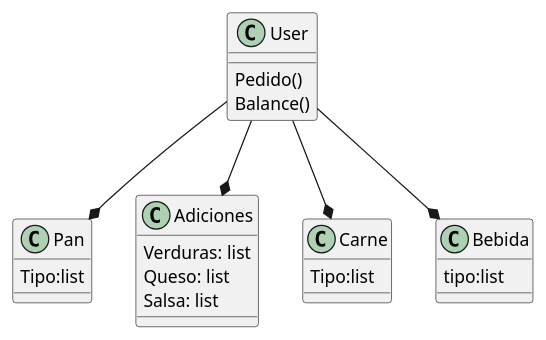
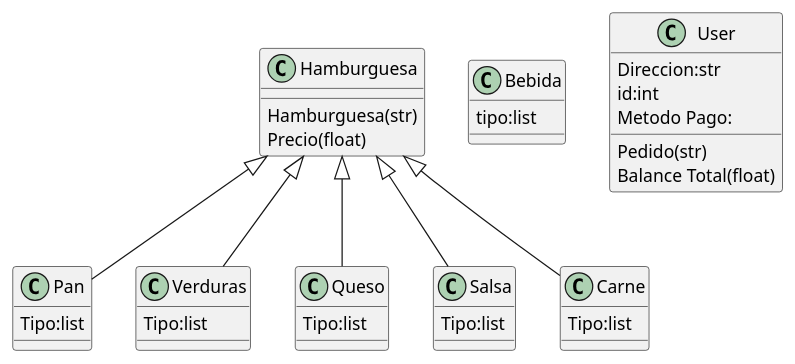
Before and after one commit to jgayon/OOPProyectFinal: the diagram in hamburguesasuml.puml, drawn with PlantUML.

Commit message:
Update hamburguesasuml.puml
Modificacion del UML

```diff
--- a/hamburguesasuml.puml
+++ b/hamburguesasuml.puml
@@ -1,30 +1,42 @@
 @startuml TiendaHamburgesas
 
 class Pan{
 Tipo:list
 }
-class Adiciones{
-Verduras: list
-Queso: list
-Salsa: list
+class Verduras{
+Tipo:list
+}
+class Queso{
+Tipo:list
+}
+class Salsa{
+Tipo:list
 }
 
+class Hamburguesa{
+Hamburguesa(str)
+Precio(float)
+}
 
 class Carne{
 Tipo:list
 }
 
 class Bebida{
 tipo:list
 }
 
 class User{
-Pedido()
-Balance()
+Direccion:str
+id:int
+Metodo Pago:
+Pedido(str)
+Balance Total(float)
 }
 
-User --* Bebida
-User --* Carne
-User --* Adiciones
-User --* Pan
+Hamburguesa <|-- Carne
+Hamburguesa <|-- Queso
+Hamburguesa <|-- Verduras
+Hamburguesa <|-- Pan
+Hamburguesa <|-- Salsa
 @enduml 
```
